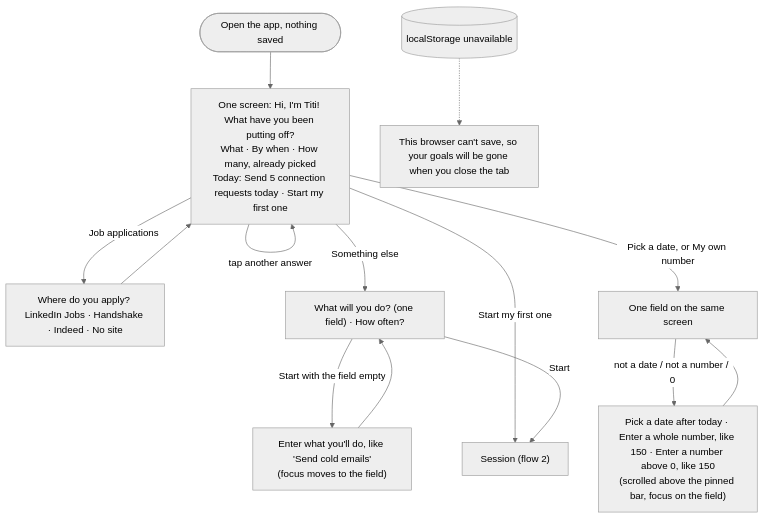
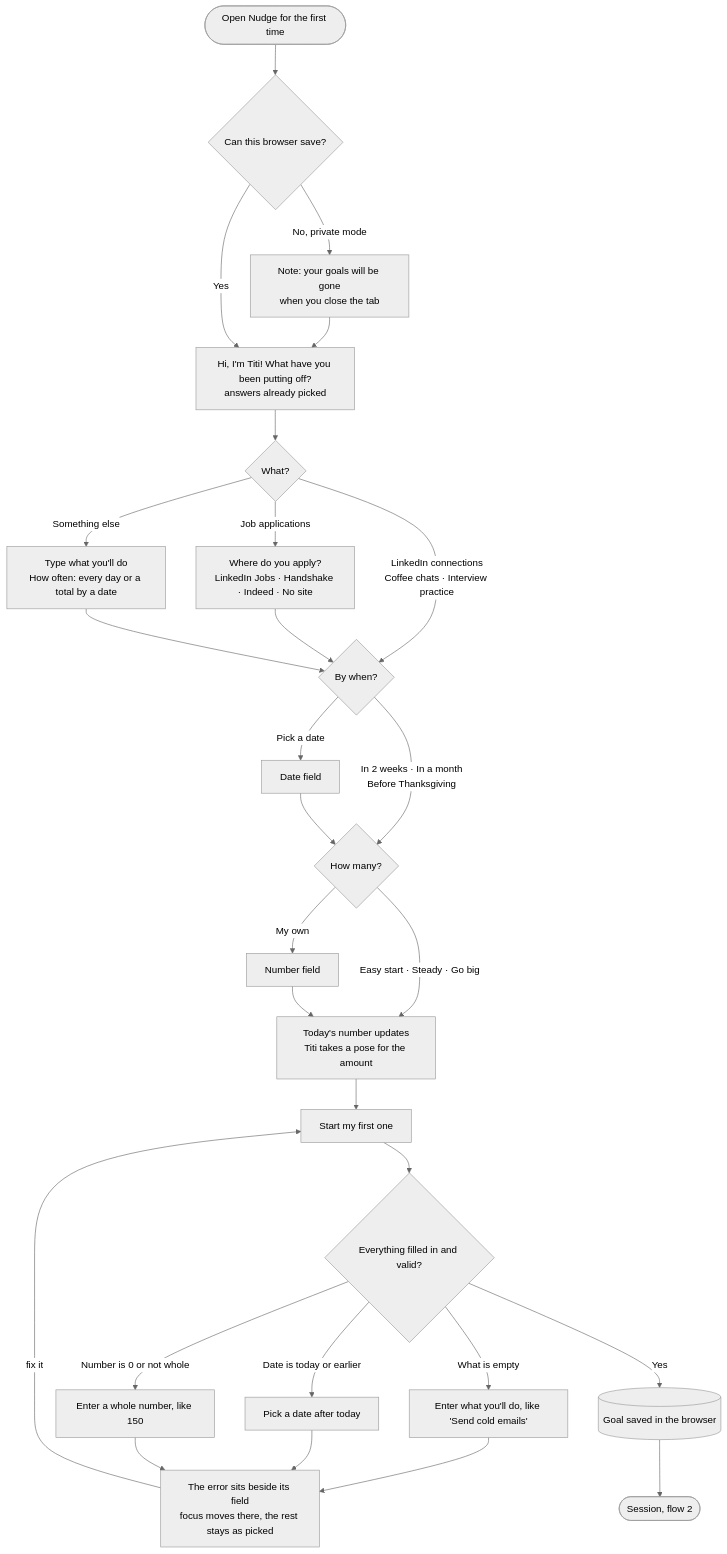
The second of 5 diagrams in flows.md (jessieyiqichen/dbs-a3), drawn with Mermaid (neutral theme) before and after one commit. The commit also changed other lines of this file and 2 other files, not shown here.

Commit message:
docs: detailed flow diagrams with decisions, error loops and the save step; one overview of the whole loop

````diff
--- a/flows.md
+++ b/flows.md
@@ -13,13 +37,23 @@
 ```mermaid
 flowchart TD
-    A([Open the app, nothing saved]) --> P["One screen: Hi, I'm Titi! What have you been putting off?\nWhat · By when · How many, already picked\nToday: Send 5 connection requests today · Start my first one"]
-    P -->|tap another answer| P
-    P -->|Job applications| WH["Where do you apply? LinkedIn Jobs · Handshake · Indeed · No site"] --> P
-    P -->|Something else| W["What will you do? (one field) · How often?"]
-    W -->|Start with the field empty| WE["Enter what you'll do, like 'Send cold emails'\n(focus moves to the field)"] --> W
-    P -->|Pick a date, or My own number| F["One field on the same screen"]
-    F -->|not a date / not a number / 0| FE["Pick a date after today · Enter a whole number, like 150 · Enter a number above 0, like 150\n(scrolled above the pinned bar, focus on the field)"] --> F
-    P -->|Start my first one| S["Session (flow 2)"]
-    W -->|Start| S
-    X[(localStorage unavailable)] -.-> XB["This browser can't save, so your goals will be gone when you close the tab"]
+    A([Open Nudge for the first time]) --> CS{Can this browser save?}
+    CS -->|No, private mode| XB[Note: your goals will be gone<br>when you close the tab] --> P
+    CS -->|Yes| P[Hi, I'm Titi! What have you been putting off?<br>answers already picked]
+    P --> Q1{What?}
+    Q1 -->|LinkedIn connections<br>Coffee chats · Interview practice| Q2
+    Q1 -->|Job applications| WH[Where do you apply?<br>LinkedIn Jobs · Handshake · Indeed · No site] --> Q2
+    Q1 -->|Something else| W[Type what you'll do<br>How often: every day or a total by a date] --> Q2
+    Q2{By when?} -->|In 2 weeks · In a month<br>Before Thanksgiving| Q3
+    Q2 -->|Pick a date| PD[Date field] --> Q3
+    Q3{How many?} -->|Easy start · Steady · Go big| NUM
+    Q3 -->|My own| MO[Number field] --> NUM
+    NUM[Today's number updates<br>Titi takes a pose for the amount] --> ST[Start my first one]
+    ST --> V{Everything filled in and valid?}
+    V -->|What is empty| E1[Enter what you'll do, like 'Send cold emails']
+    V -->|Date is today or earlier| E2[Pick a date after today]
+    V -->|Number is 0 or not whole| E3[Enter a whole number, like 150]
+    E1 & E2 & E3 --> FX[The error sits beside its field<br>focus moves there, the rest stays as picked]
+    FX -->|fix it| ST
+    V -->|Yes| SV[(Goal saved in the browser)]
+    SV --> S([Session, flow 2])
 ```
````
